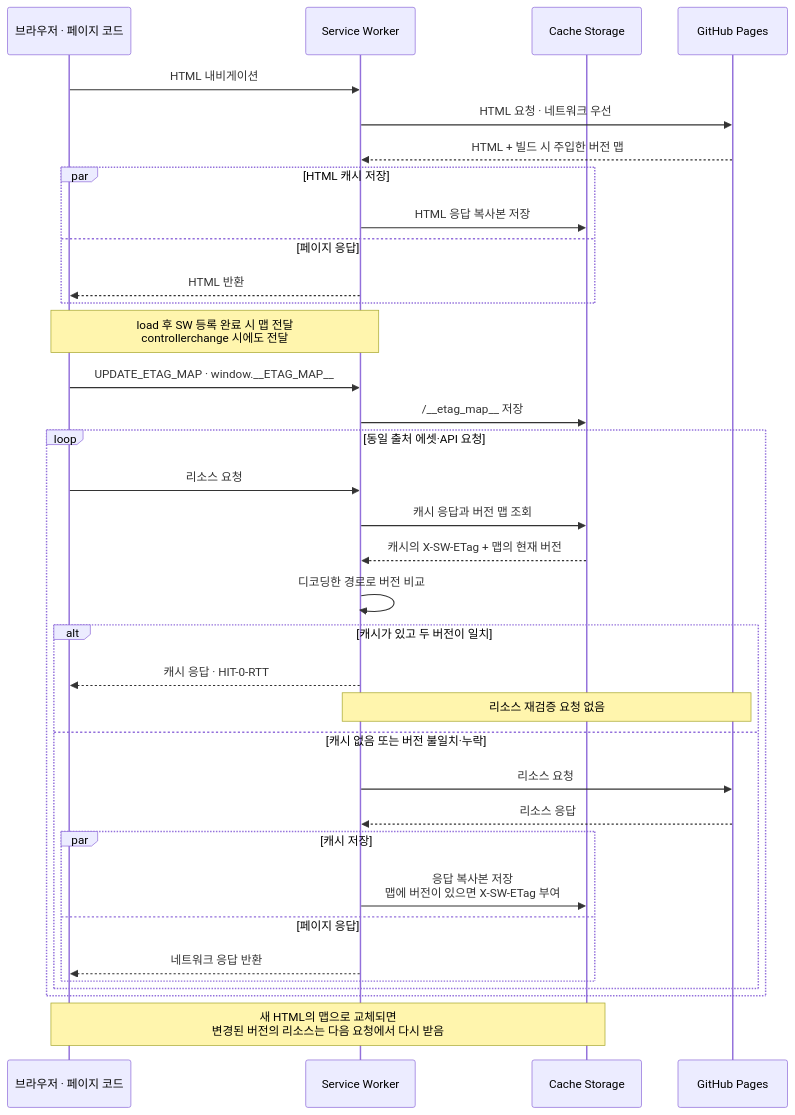
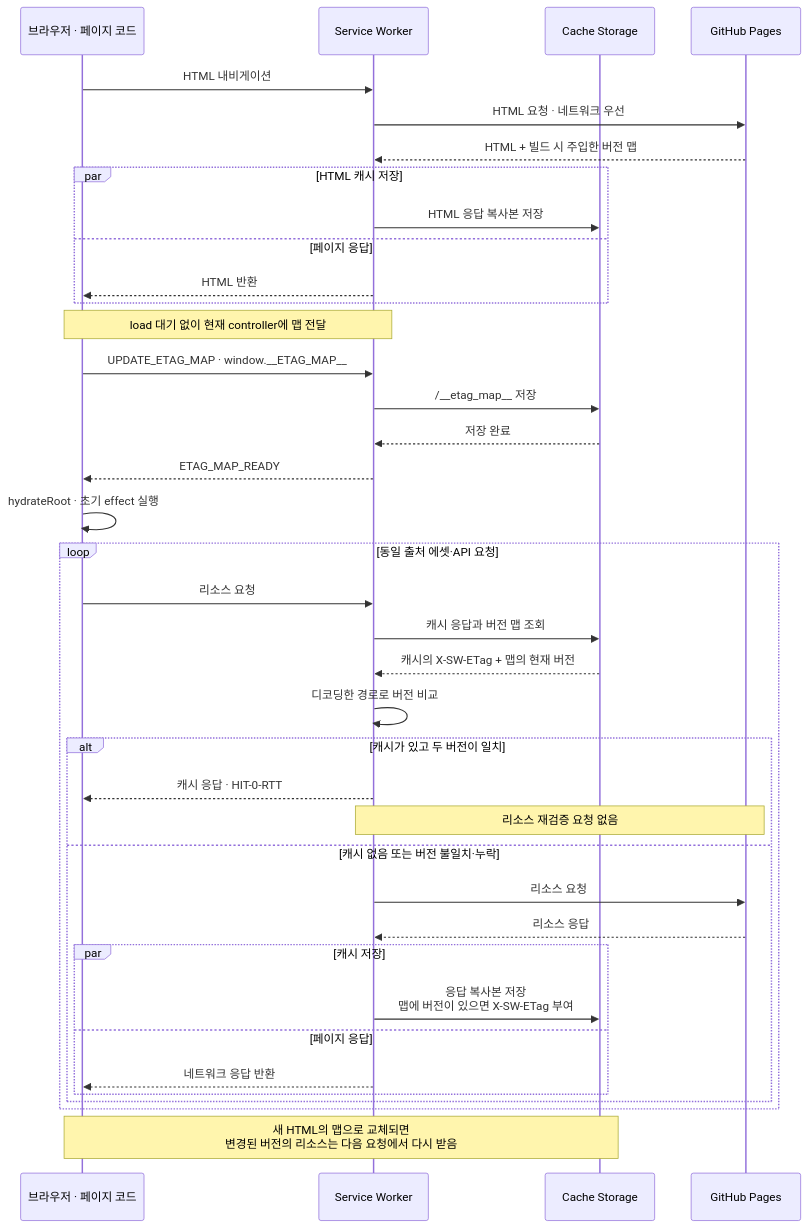
Before and after one commit to tomatoM4to/tomatoM4to.github.io: the second of 2 diagrams in docs/ETag-Map.md, drawn with Mermaid. The commit also changed other lines of this file and 15 other files, not shown here.

````diff
--- a/docs/ETag-Map.md
+++ b/docs/ETag-Map.md
@@ -40,39 +48,42 @@
 ```mermaid
 sequenceDiagram
     participant B as 브라우저 · 페이지 코드
     participant W as Service Worker
     participant C as Cache Storage
     participant S as GitHub Pages
 
     B->>W: HTML 내비게이션
     W->>S: HTML 요청 · 네트워크 우선
     S-->>W: HTML + 빌드 시 주입한 버전 맵
     par HTML 캐시 저장
         W->>C: HTML 응답 복사본 저장
     and 페이지 응답
         W-->>B: HTML 반환
     end
-    Note over B,W: load 후 SW 등록 완료 시 맵 전달<br/>controllerchange 시에도 전달
+    Note over B,W: load 대기 없이 현재 controller에 맵 전달
     B->>W: UPDATE_ETAG_MAP · window.__ETAG_MAP__
     W->>C: /__etag_map__ 저장
+    C-->>W: 저장 완료
+    W-->>B: ETAG_MAP_READY
+    B->>B: hydrateRoot · 초기 effect 실행
 
     loop 동일 출처 에셋·API 요청
         B->>W: 리소스 요청
         W->>C: 캐시 응답과 버전 맵 조회
         C-->>W: 캐시의 X-SW-ETag + 맵의 현재 버전
         W->>W: 디코딩한 경로로 버전 비교
         alt 캐시가 있고 두 버전이 일치
             W-->>B: 캐시 응답 · HIT-0-RTT
             Note over W,S: 리소스 재검증 요청 없음
         else 캐시 없음 또는 버전 불일치·누락
             W->>S: 리소스 요청
             S-->>W: 리소스 응답
             par 캐시 저장
                 W->>C: 응답 복사본 저장<br/>맵에 버전이 있으면 X-SW-ETag 부여
             and 페이지 응답
                 W-->>B: 네트워크 응답 반환
             end
         end
     end
     Note over B,C: 새 HTML의 맵으로 교체되면<br/>변경된 버전의 리소스는 다음 요청에서 다시 받음
 ```
````
